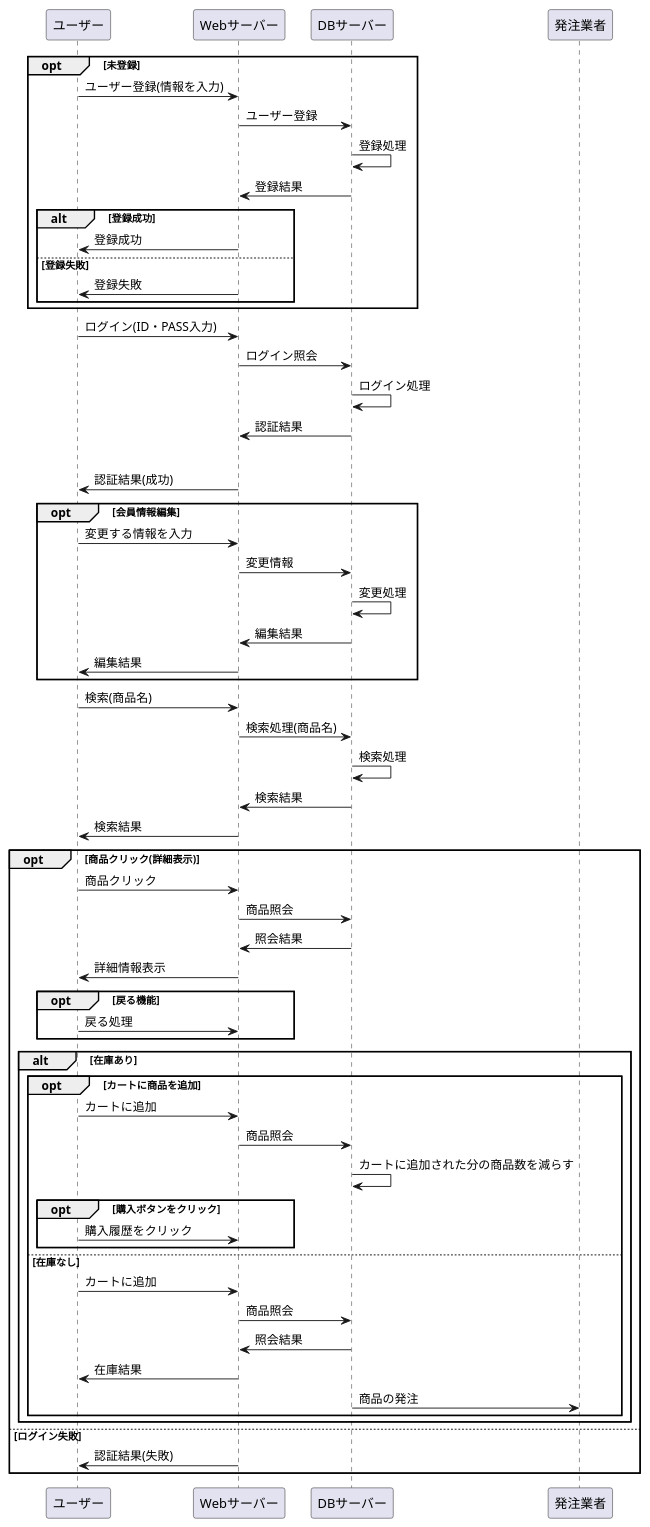
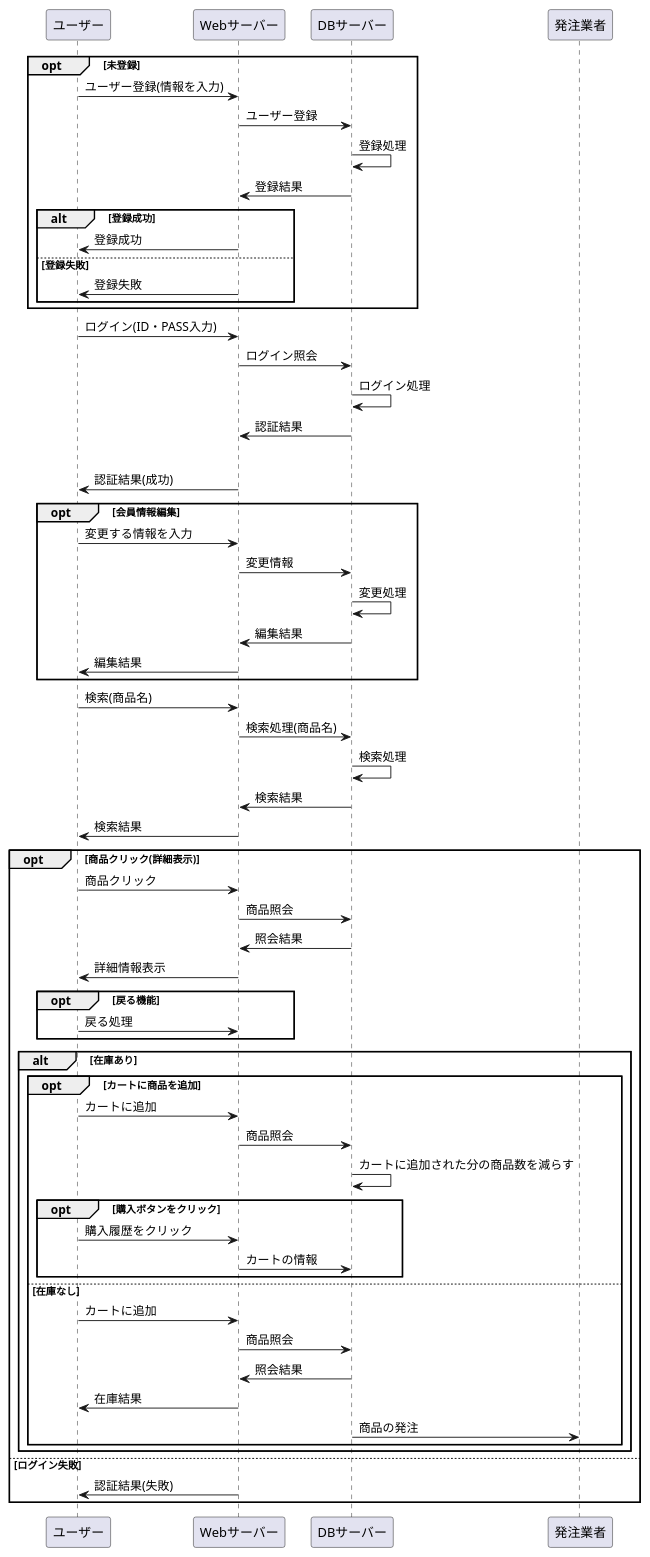
Before and after one commit to Aso2001227/Aso-Sports-1: the diagram in 設計書/02_業務フロー/Business-Flow.md, drawn with PlantUML.

````diff
--- a/設計書/02_業務フロー/Business-Flow.md
+++ b/設計書/02_業務フロー/Business-Flow.md
@@ -1,68 +1,68 @@
 ```uml
 @startuml
 opt 未登録
 ユーザー -> Webサーバー : ユーザー登録(情報を入力)
 Webサーバー -> DBサーバー : ユーザー登録
 DBサーバー -> DBサーバー : 登録処理
 DBサーバー -> Webサーバー : 登録結果
 
 alt 登録成功
 Webサーバー -> ユーザー : 登録成功
 else 登録失敗
 Webサーバー -> ユーザー : 登録失敗
 end
 end
 
 ユーザー -> Webサーバー : ログイン(ID・PASS入力)
 Webサーバー -> DBサーバー : ログイン照会
 DBサーバー -> DBサーバー : ログイン処理
 DBサーバー -> Webサーバー : 認証結果
 
 alt ログイン成功
 Webサーバー -> ユーザー : 認証結果(成功)
 
 opt 会員情報編集
 ユーザー -> Webサーバー : 変更する情報を入力
 Webサーバー -> DBサーバー :変更情報
 DBサーバー -> DBサーバー : 変更処理
 DBサーバー -> Webサーバー : 編集結果
 Webサーバー -> ユーザー : 編集結果
 end
 
 ユーザー -> Webサーバー : 検索(商品名)
 Webサーバー -> DBサーバー : 検索処理(商品名)
 DBサーバー -> DBサーバー : 検索処理
 DBサーバー -> Webサーバー : 検索結果
 Webサーバー -> ユーザー : 検索結果
 
 opt 商品クリック(詳細表示)
 ユーザー -> Webサーバー : 商品クリック
 Webサーバー -> DBサーバー : 商品照会
 DBサーバー -> Webサーバー : 照会結果
 Webサーバー -> ユーザー : 詳細情報表示
 opt 戻る機能
 ユーザー -> Webサーバー : 戻る処理
 end
 alt 在庫あり
 opt カートに商品を追加
 ユーザー -> Webサーバー : カートに追加
 Webサーバー -> DBサーバー : 商品照会
 DBサーバー -> DBサーバー : カートに追加された分の商品数を減らす
 opt 購入ボタンをクリック
 ユーザー -> Webサーバー : 購入履歴をクリック
-
+Webサーバー -> DBサーバー :カートの情報
 end
 else 在庫なし
 ユーザー -> Webサーバー : カートに追加
 Webサーバー -> DBサーバー : 商品照会
 DBサーバー -> Webサーバー : 照会結果
 Webサーバー -> ユーザー : 在庫結果
 DBサーバー -> 発注業者 : 商品の発注
 end
 
 end
 else ログイン失敗
 Webサーバー -> ユーザー : 認証結果(失敗)
 end
 @enduml
 ```
````
